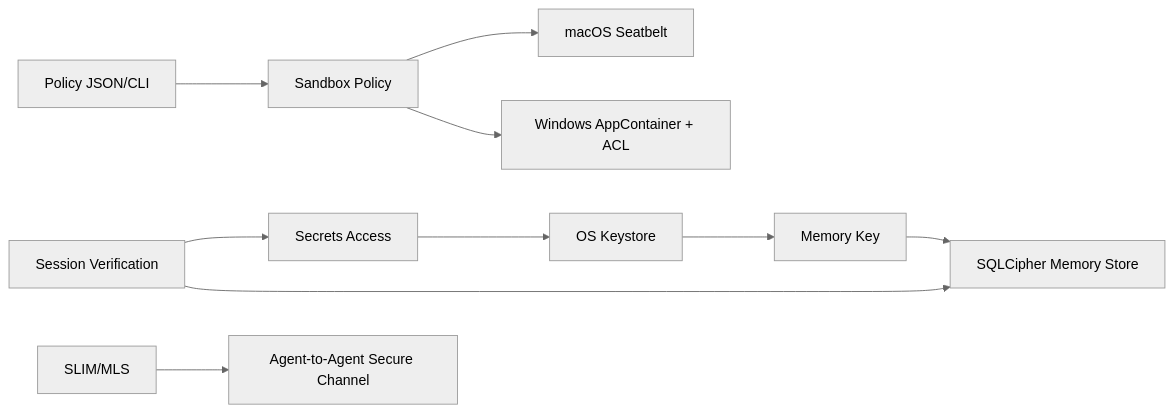
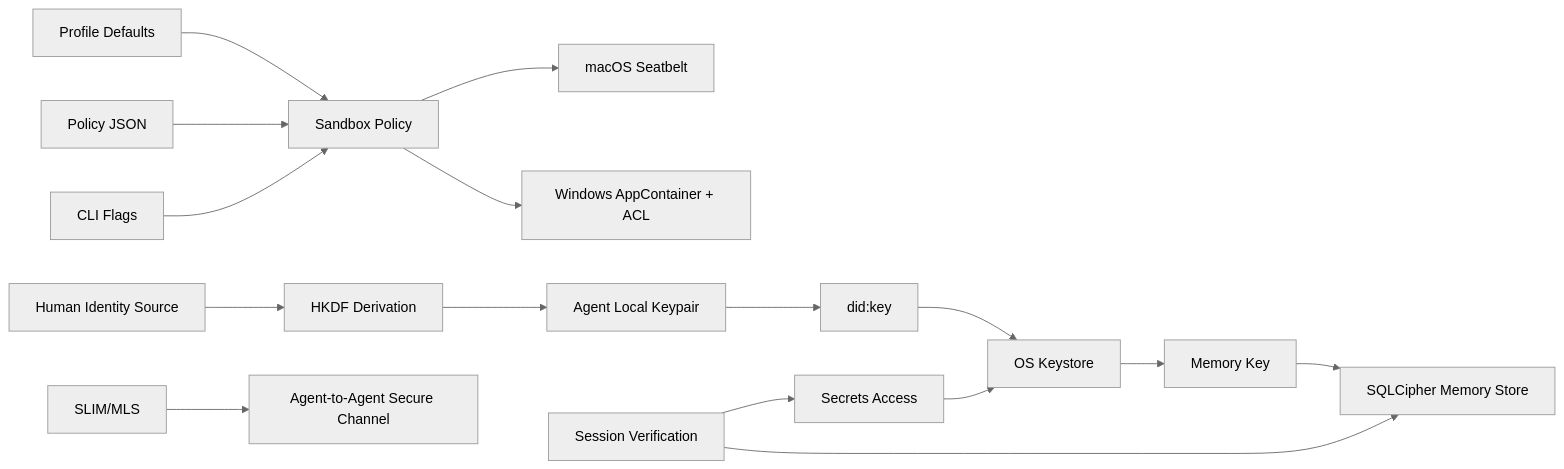
One commit to agntcy/shadi changed the second of 2 diagrams in docs/architecture.md. Above: the diagram before and after it, drawn with Mermaid (neutral theme). The commit also changed other lines of this file and 7 other files, not shown here.

Commit message:
Add portable launcher profiles and verifiable human-agent identity derivation

````diff
--- a/docs/architecture.md
+++ b/docs/architecture.md
@@ -138,12 +163,18 @@
 ```mermaid
 flowchart LR
-  A[Policy JSON/CLI] --> B[Sandbox Policy]
+  A[Profile Defaults] --> B[Sandbox Policy]
+  A2[Policy JSON] --> B
+  A3[CLI Flags] --> B
   B --> C[macOS Seatbelt]
   B --> D[Windows AppContainer + ACL]
+  H0[Human Identity Source] --> H1[HKDF Derivation]
+  H1 --> H2[Agent Local Keypair]
+  H2 --> H3[did:key]
+  H3 --> G
   E[Session Verification] --> F[Secrets Access]
   F --> G[OS Keystore]
   G --> J[Memory Key]
   J --> K[SQLCipher Memory Store]
   E --> K
   H[SLIM/MLS] --> I[Agent-to-Agent Secure Channel]
 ```
````
